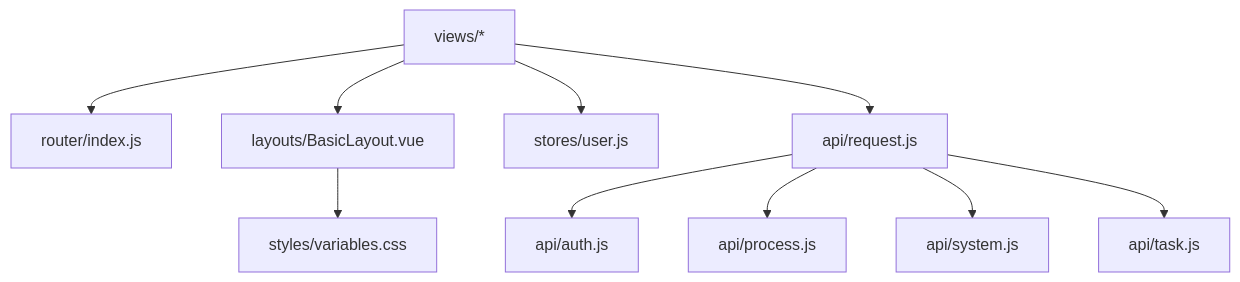
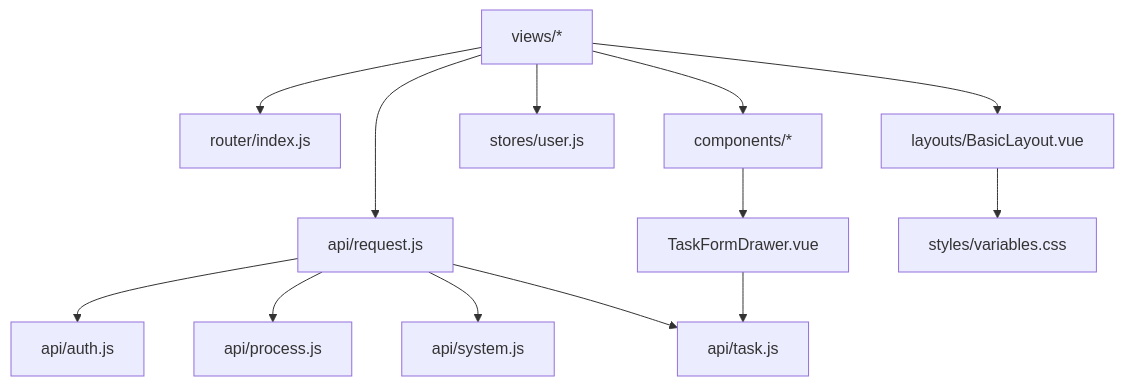
One commit to liming-lihaini/workflow changed diagram 11 of 11 in .qoder/repowiki/zh/content/用户界面设计/用户界面设计.md. Above: the diagram before and after it, drawn with Mermaid. The commit also changed other lines of this file and 57 other files, not shown here.

````diff
--- a/.qoder/repowiki/zh/content/用户界面设计/用户界面设计.md
+++ b/.qoder/repowiki/zh/content/用户界面设计/用户界面设计.md
@@ -468,12 +597,15 @@
 ```mermaid
 graph TB
 VIEWS["views/*"] --> ROUTER["router/index.js"]
 VIEWS --> LAYOUT["layouts/BasicLayout.vue"]
 VIEWS --> STORES["stores/user.js"]
 VIEWS --> API_REQ["api/request.js"]
+VIEWS --> COMPONENTS["components/*"]
+COMPONENTS --> TASK_DRAWER["TaskFormDrawer.vue"]
 API_REQ --> API_AUTH["api/auth.js"]
 API_REQ --> API_PROC["api/process.js"]
 API_REQ --> API_SYS["api/system.js"]
 API_REQ --> API_TASK["api/task.js"]
 LAYOUT --> THEME["styles/variables.css"]
+TASK_DRAWER --> API_TASK
 ```
````
